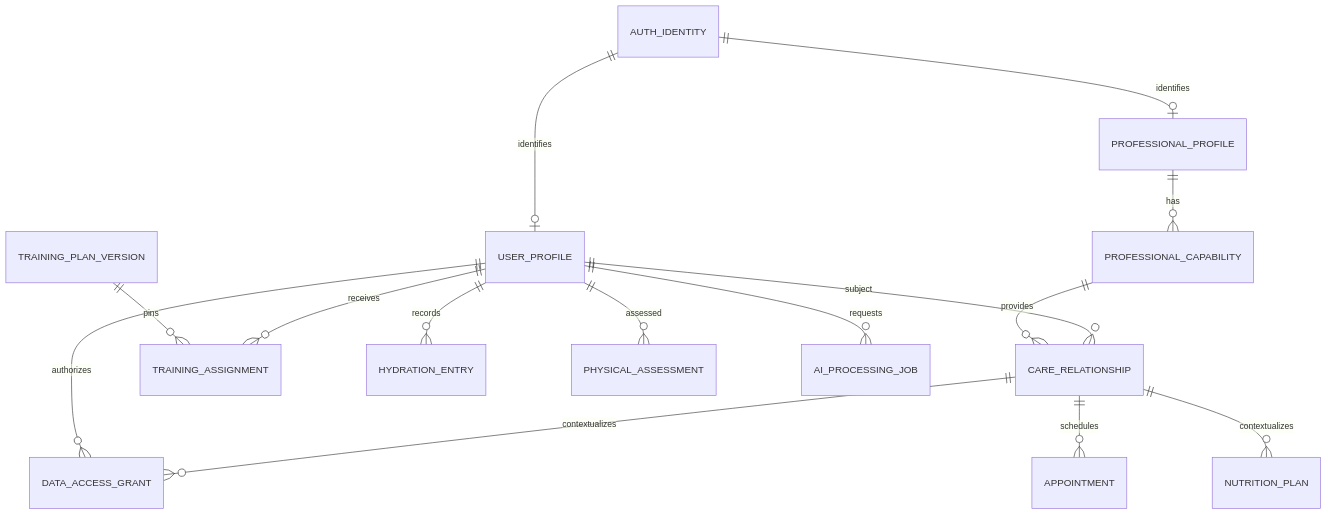
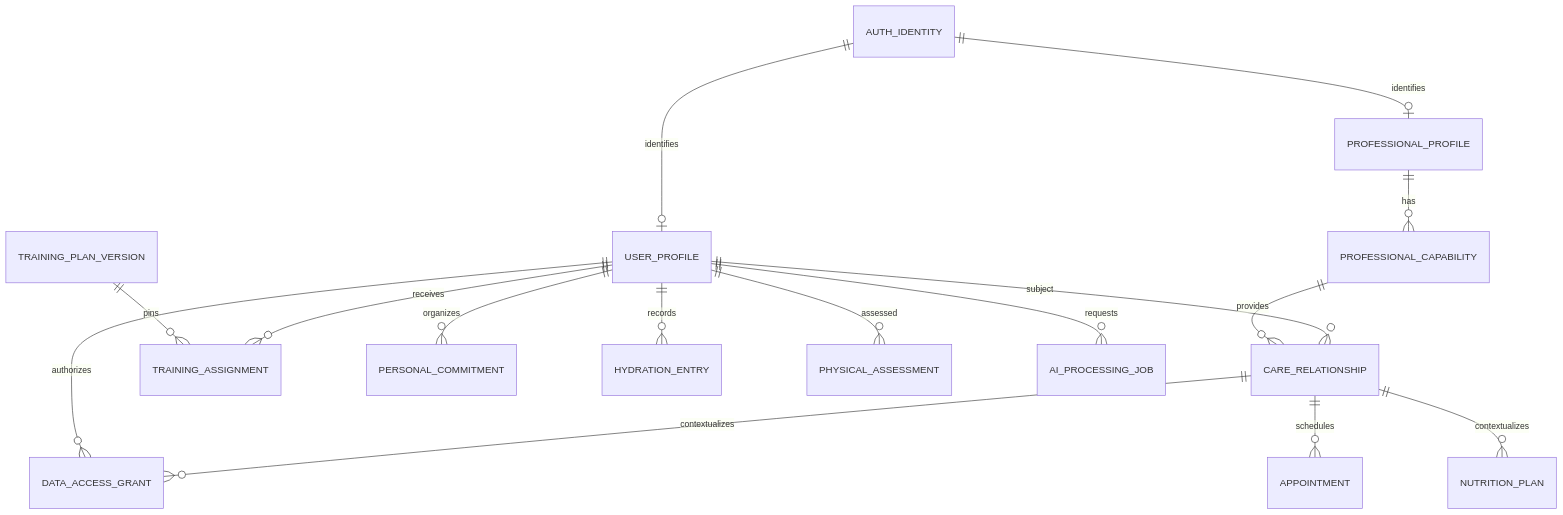
Before and after one commit to julioponto99/Goleve: the first of 3 diagrams in documentation/architecture/profile-relationships.md, drawn with Mermaid. The commit also changed other lines of this file and 7 other files, not shown here.

````diff
--- a/documentation/architecture/profile-relationships.md
+++ b/documentation/architecture/profile-relationships.md
@@ -31,17 +33,18 @@
 ```mermaid
 erDiagram
     AUTH_IDENTITY ||--o| USER_PROFILE : identifies
     AUTH_IDENTITY ||--o| PROFESSIONAL_PROFILE : identifies
     PROFESSIONAL_PROFILE ||--o{ PROFESSIONAL_CAPABILITY : has
     USER_PROFILE ||--o{ CARE_RELATIONSHIP : subject
     PROFESSIONAL_CAPABILITY ||--o{ CARE_RELATIONSHIP : provides
     CARE_RELATIONSHIP ||--o{ DATA_ACCESS_GRANT : contextualizes
     USER_PROFILE ||--o{ DATA_ACCESS_GRANT : authorizes
     CARE_RELATIONSHIP ||--o{ APPOINTMENT : schedules
     CARE_RELATIONSHIP ||--o{ NUTRITION_PLAN : contextualizes
     USER_PROFILE ||--o{ TRAINING_ASSIGNMENT : receives
+    USER_PROFILE ||--o{ PERSONAL_COMMITMENT : organizes
     TRAINING_PLAN_VERSION ||--o{ TRAINING_ASSIGNMENT : pins
     USER_PROFILE ||--o{ HYDRATION_ENTRY : records
     USER_PROFILE ||--o{ PHYSICAL_ASSESSMENT : assessed
     USER_PROFILE ||--o{ AI_PROCESSING_JOB : requests
 ```
````
